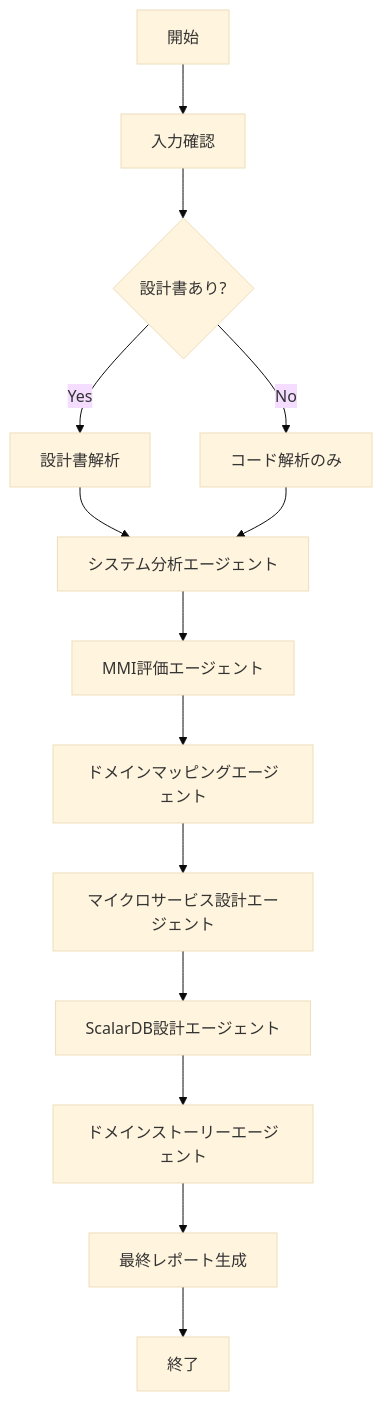
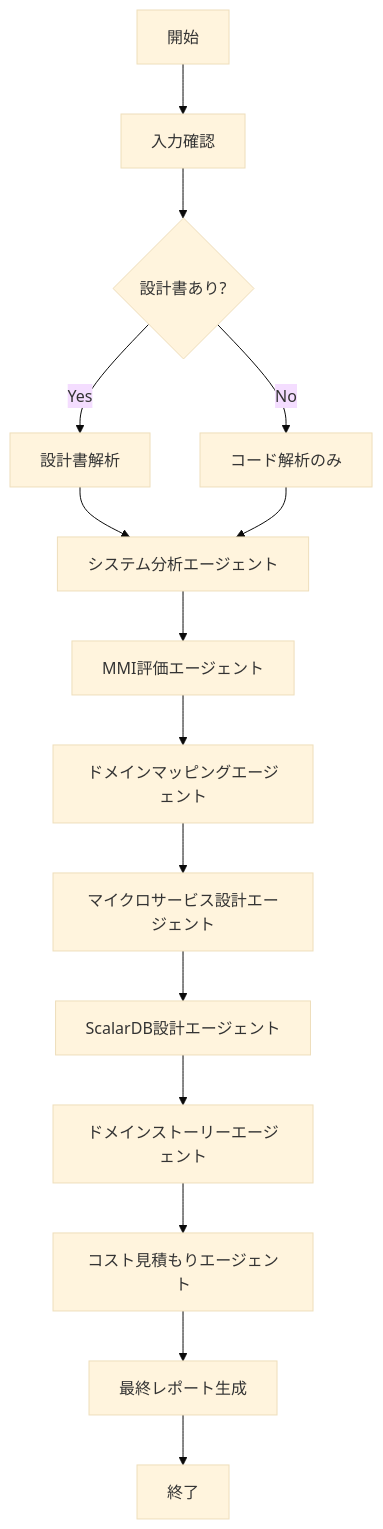
The diagram in .claude/skills/refactor-system/SKILL.md (wfukatsu/rearchitect-agent), drawn with Mermaid (base theme) before and after one commit. The commit also changed other lines of this file and 11 other files, not shown here.

````diff
--- a/.claude/skills/refactor-system/SKILL.md
+++ b/.claude/skills/refactor-system/SKILL.md
@@ -65,16 +70,17 @@
 ```mermaid
 graph TD
     A[開始] --> B[入力確認]
     B --> C{設計書あり?}
     C -->|Yes| D[設計書解析]
     C -->|No| E[コード解析のみ]
     D --> F[システム分析エージェント]
     E --> F
     F --> G[MMI評価エージェント]
     G --> H[ドメインマッピングエージェント]
     H --> I[マイクロサービス設計エージェント]
     I --> J[ScalarDB設計エージェント]
     J --> K[ドメインストーリーエージェント]
-    K --> L[最終レポート生成]
+    K --> CE[コスト見積もりエージェント]
+    CE --> L[最終レポート生成]
     L --> M[終了]
 ```
````
